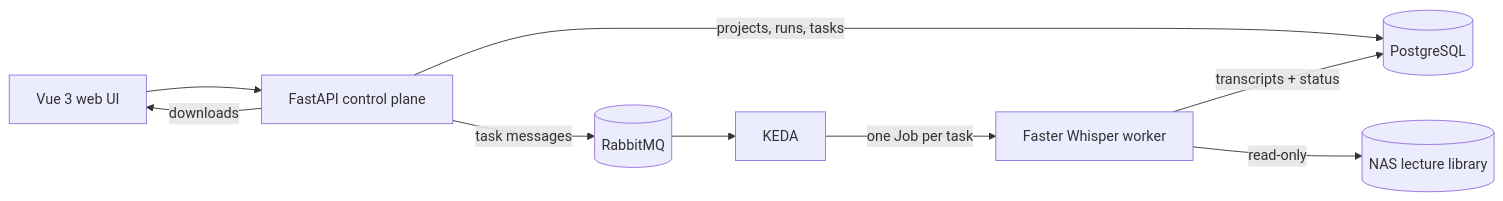
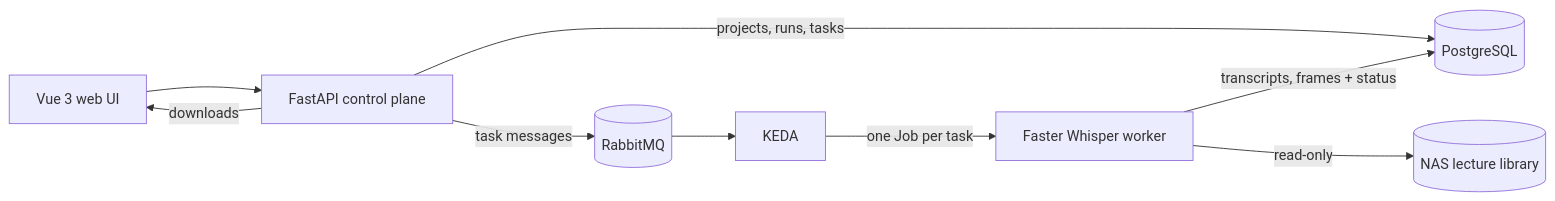
Before and after one commit to rykhalskyi/transcributed: the diagram in README.md, drawn with Mermaid. The commit also changed other lines of this file and 47 other files, not shown here.

````diff
--- a/README.md
+++ b/README.md
@@ -38,11 +40,11 @@
 ```mermaid
 flowchart LR
   UI["Vue 3 web UI"] --> API["FastAPI control plane"]
   API -->|"projects, runs, tasks"| DB[("PostgreSQL")]
   API -->|"task messages"| MQ[("RabbitMQ")]
   MQ --> KEDA["KEDA"]
   KEDA -->|"one Job per task"| W["Faster Whisper worker"]
   W -->|"read-only"| NAS[("NAS lecture library")]
-  W -->|"transcripts + status"| DB
+  W -->|"transcripts, frames + status"| DB
   API -->|"downloads"| UI
 ```
````
